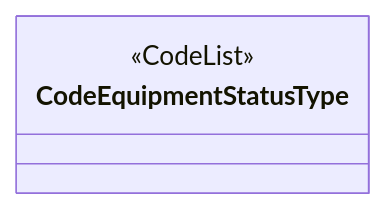
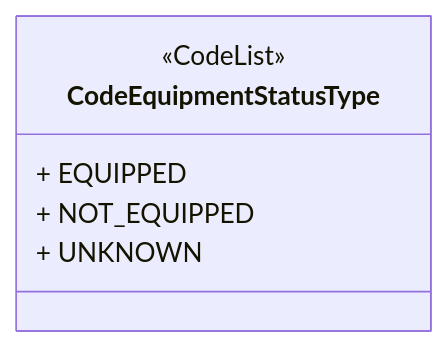
Diagram 35 of 46 in README.md (hlepori/testAIRM), drawn with Mermaid before and after one commit. The commit also changed other lines of this file, not shown here.

````diff
--- a/README.md
+++ b/README.md
@@ -739,5 +822,8 @@
 ```mermaid	
 classDiagram	
 class CodeEquipmentStatusType	
 <<CodeList>> CodeEquipmentStatusType	
+CodeEquipmentStatusType : + EQUIPPED	
+CodeEquipmentStatusType : + NOT_EQUIPPED	
+CodeEquipmentStatusType : + UNKNOWN	
 ```	
````
